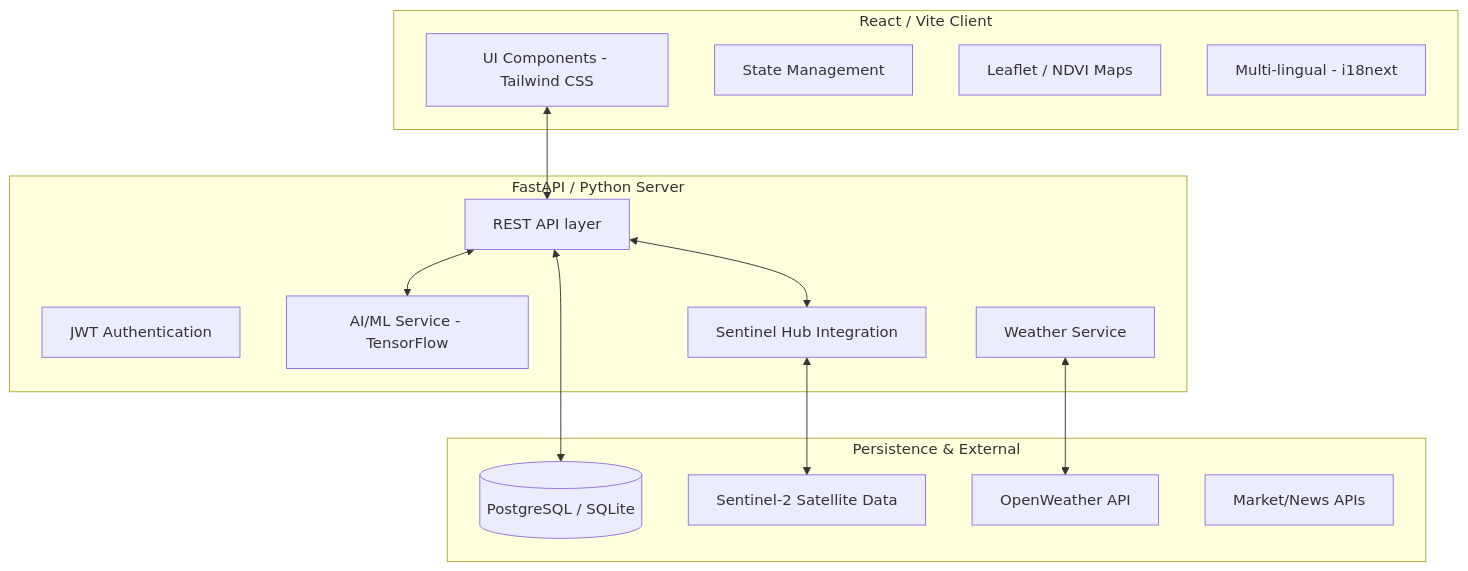
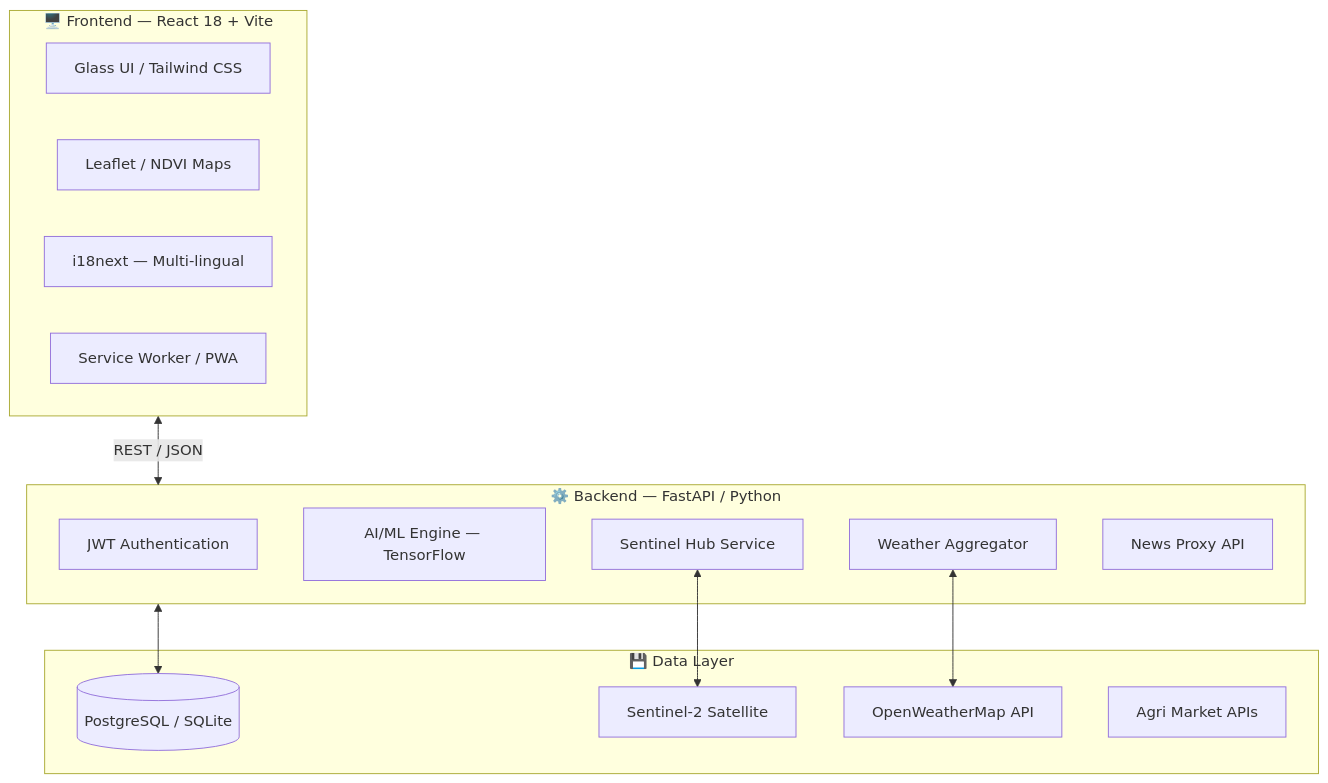
Before and after one commit to subhransu25112005/AgriSat: the diagram in README.md, drawn with Mermaid. The commit also changed other lines of this file and 10 other files, not shown here.

````diff
--- a/README.md
+++ b/README.md
@@ -46,31 +38,29 @@
 ```mermaid
 graph TD
-    subgraph Frontend [React / Vite Client]
-        UI[UI Components - Tailwind CSS]
-        State[State Management]
+    subgraph Client ["🖥️ Frontend — React 18 + Vite"]
+        UI[Glass UI / Tailwind CSS]
         Map[Leaflet / NDVI Maps]
-        i18n[Multi-lingual - i18next]
+        i18n[i18next — Multi-lingual]
+        PWA[Service Worker / PWA]
     end
 
-    subgraph Backend [FastAPI / Python Server]
-        API[REST API layer]
+    subgraph Server ["⚙️ Backend — FastAPI / Python"]
         Auth[JWT Authentication]
-        ML[AI/ML Service - TensorFlow]
-        Sentinel[Sentinel Hub Integration]
-        Weather[Weather Service]
+        ML[AI/ML Engine — TensorFlow]
+        Sentinel[Sentinel Hub Service]
+        Weather[Weather Aggregator]
+        News[News Proxy API]
     end
 
-    subgraph Data [Persistence & External]
+    subgraph Data ["💾 Data Layer"]
         DB[(PostgreSQL / SQLite)]
-        S2[Sentinel-2 Satellite Data]
-        API_W[OpenWeather API]
-        API_M[Market/News APIs]
+        S2[Sentinel-2 Satellite]
+        OW[OpenWeatherMap API]
+        Market[Agri Market APIs]
     end
 
-    UI <--> API
-    API <--> ML
-    API <--> Sentinel
-    API <--> DB
+    Client <-->|REST / JSON| Server
+    Server <--> DB
     Sentinel <--> S2
-    Weather <--> API_W
+    Weather <--> OW
 ```
````
